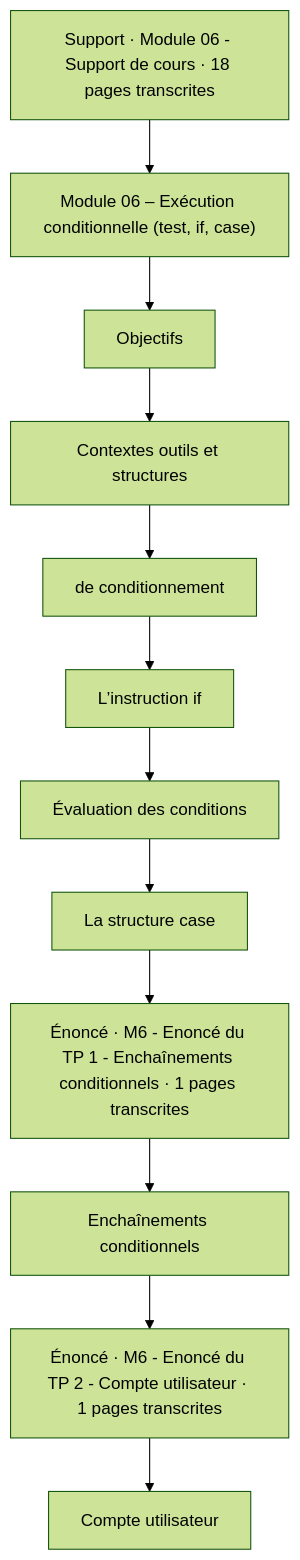
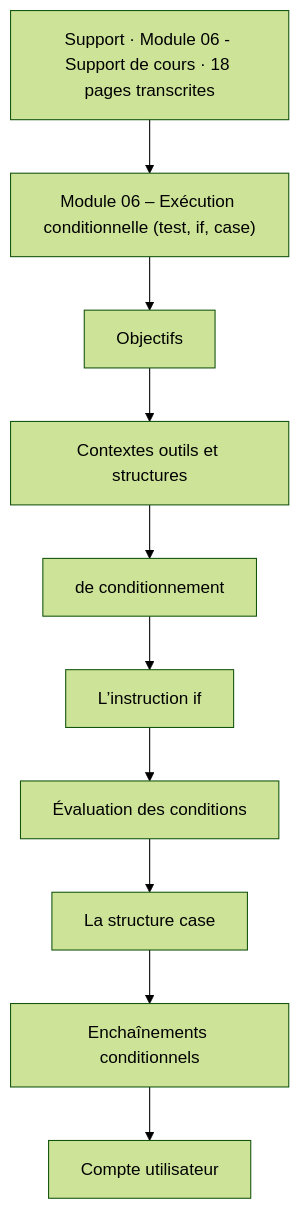
Before and after one commit to sk34pk25/tssr-cours: the first of 5 diagrams in docs/modules/11-initiation-scripting-bash/module-06-execution-conditionnelle.md, drawn with Mermaid (forest theme). The commit also changed other lines of this file and 108 other files, not shown here.

````diff
--- a/docs/modules/11-initiation-scripting-bash/module-06-execution-conditionnelle.md
+++ b/docs/modules/11-initiation-scripting-bash/module-06-execution-conditionnelle.md
@@ -30,26 +28,22 @@
 ```mermaid
 flowchart TD
     N1["Support · Module 06 - Support de cours · 18 pages transcrites"]
     N2["Module 06 – Exécution conditionnelle (test, if, case)"]
     N3["Objectifs"]
     N4["Contextes outils et structures"]
     N5["de conditionnement"]
     N6["L’instruction if"]
     N7["Évaluation des conditions"]
     N8["La structure case"]
-    N9["Énoncé · M6 - Enoncé du TP 1 - Enchaînements conditionnels · 1 pages transcrites"]
     N10["Enchaînements conditionnels"]
-    N11["Énoncé · M6 - Enoncé du TP 2 - Compte utilisateur · 1 pages transcrites"]
     N12["Compte utilisateur"]
     N1 --> N2
     N2 --> N3
     N3 --> N4
     N4 --> N5
     N5 --> N6
     N6 --> N7
     N7 --> N8
-    N8 --> N9
-    N9 --> N10
-    N10 --> N11
-    N11 --> N12
+    N8 --> N10
+    N10 --> N12
 ```
````
